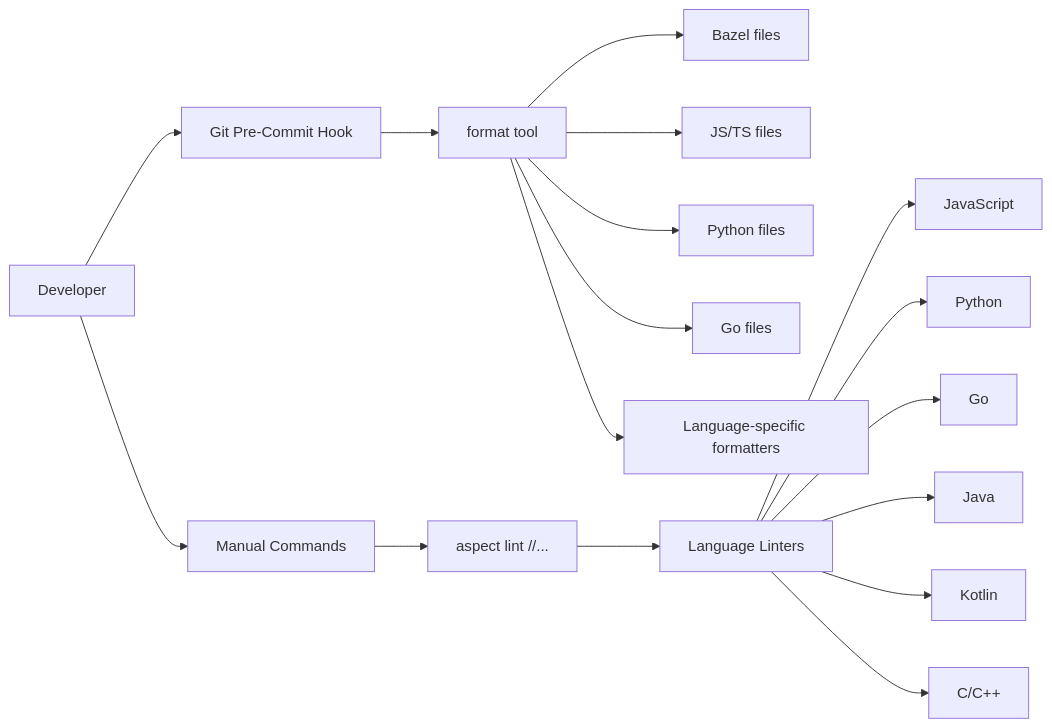
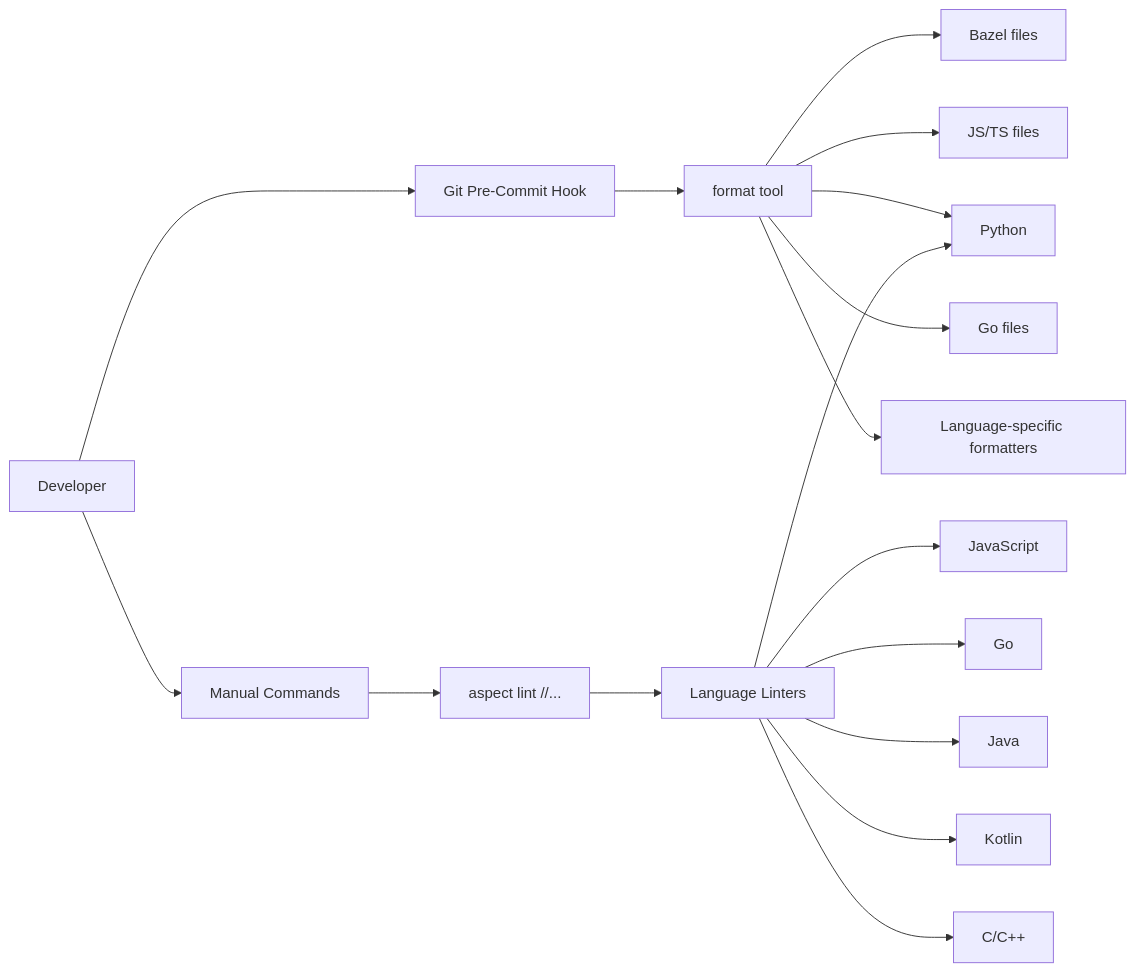
The sixth of 12 diagrams in docs/contributor-guide/architecture.md (VitruvianSoftware/aspect-workflows-template), drawn with Mermaid before and after one commit. The commit also changed 26 other files, not shown here.

````diff
--- a/docs/contributor-guide/architecture.md
+++ b/docs/contributor-guide/architecture.md
@@ -208,22 +208,22 @@
 ```mermaid
 flowchart LR
     Developer[Developer] --> PreCommit[Git Pre-Commit Hook]
     PreCommit --> Format[format tool]
     
     Format --> Buildifier[Bazel files]
     Format --> Prettier[JS/TS files]
-    Format --> Black[Python files]
+    Format --> Ruff[Python files]
     Format --> Gofmt[Go files]
     Format --> More[Language-specific formatters]
     
     Developer --> Manual[Manual Commands]
     Manual --> AspectLint[aspect lint //...]
     AspectLint --> Linters[Language Linters]
     
     Linters --> ESLint[JavaScript]
     Linters --> Ruff[Python]
     Linters --> Nogo[Go]
     Linters --> PMD[Java]
     Linters --> Ktlint[Kotlin]
     Linters --> ClangTidy[C/C++]
 ```
````
